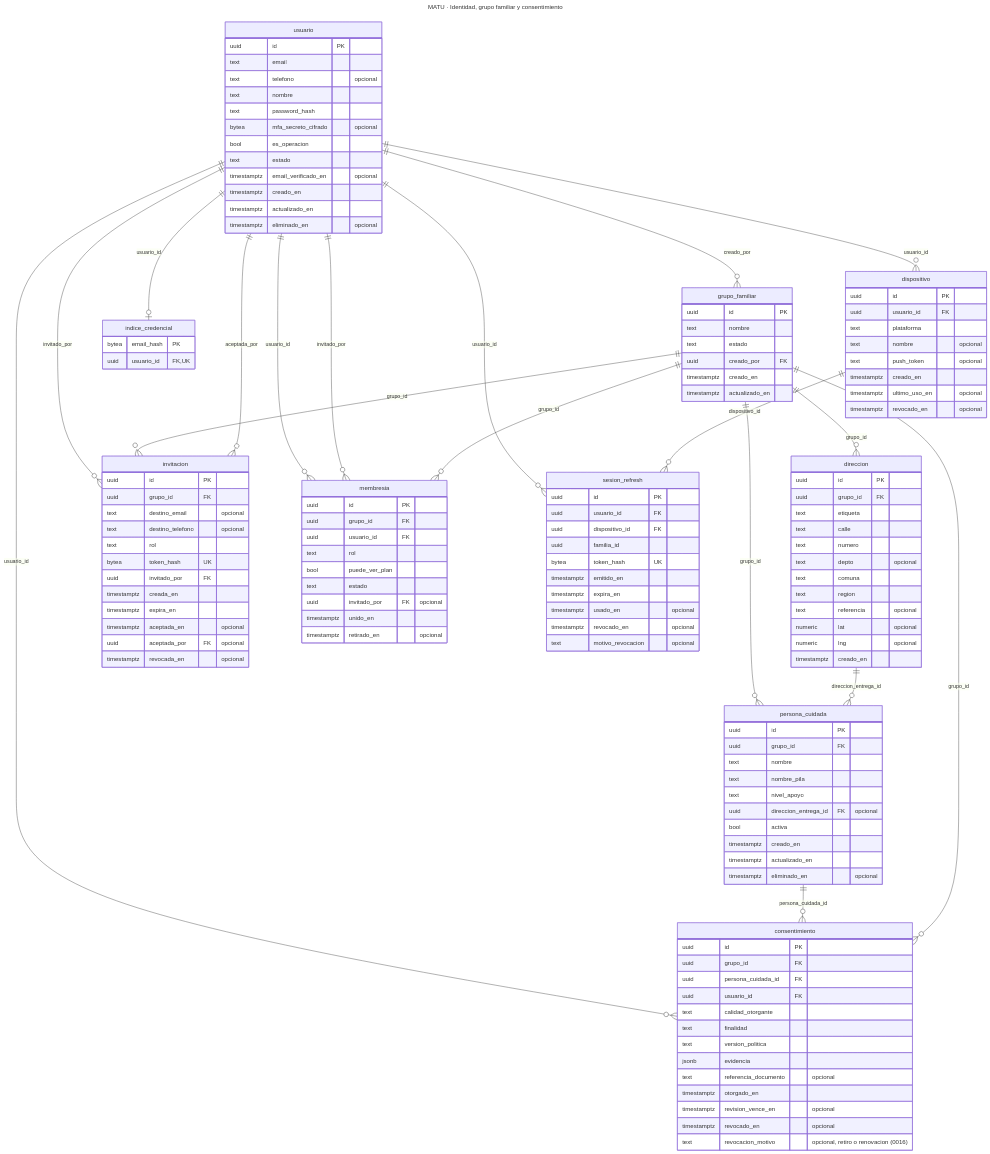
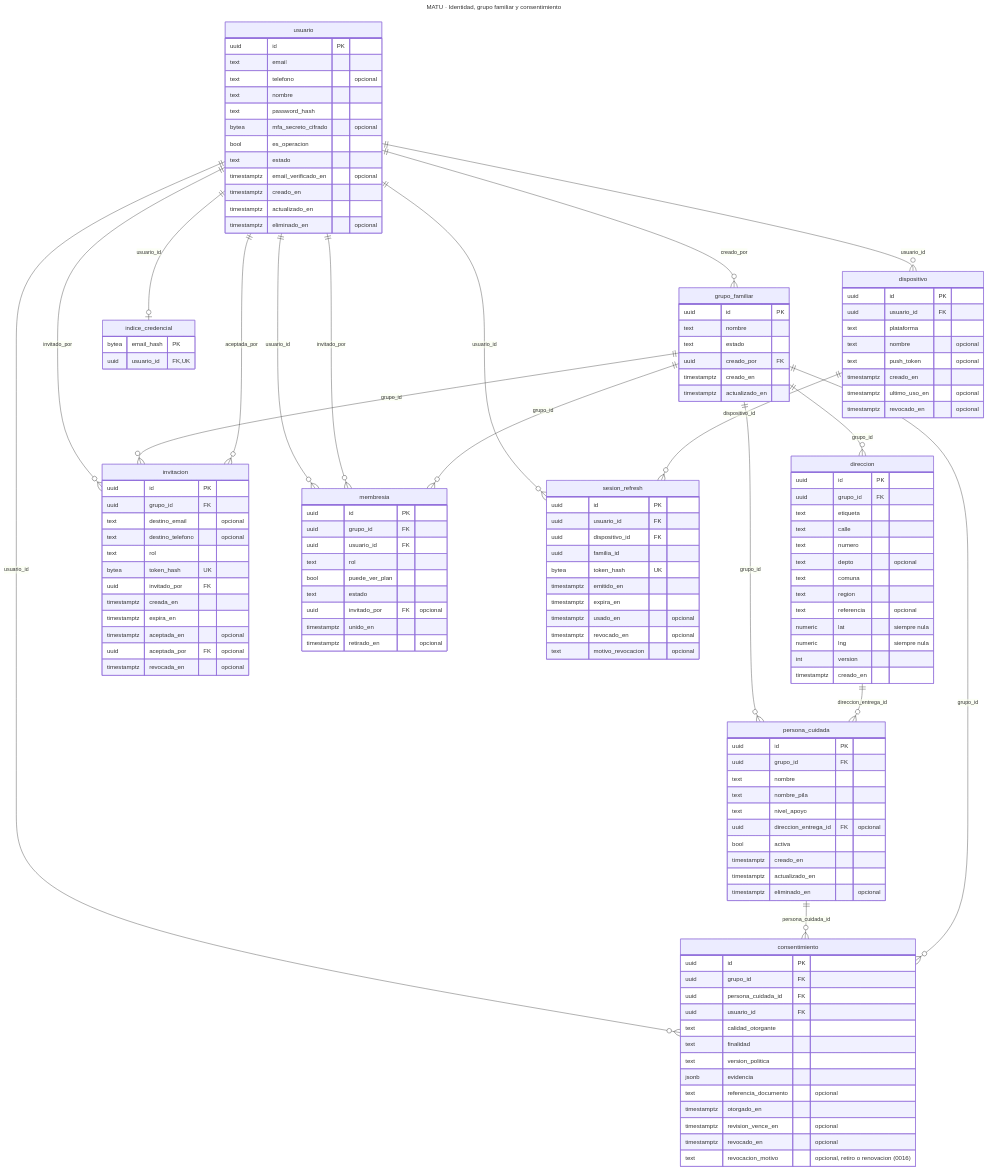
Before and after one commit to MartinHenriquez131/MATU: the second of 11 diagrams in docs/modelo-datos.md, drawn with Mermaid. The commit also changed other lines of this file, not shown here.

```diff
--- a/docs/modelo-datos.md
+++ b/docs/modelo-datos.md
@@ -234,8 +234,9 @@
         text comuna
         text region
         text referencia "opcional"
-        numeric lat "opcional"
-        numeric lng "opcional"
+        numeric lat "siempre nula"
+        numeric lng "siempre nula"
+        int version
         timestamptz creado_en
     }
     persona_cuidada {
```
